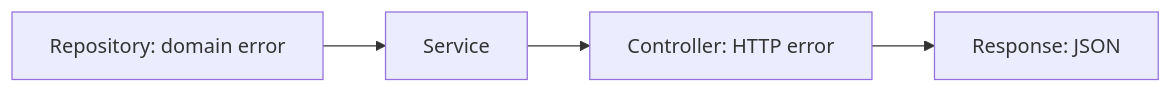
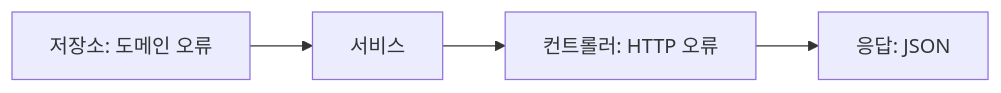
The diagram in docs/ko/learn/tutorial/7-error-handling.md (NARUBROWN/spine-site), drawn with Mermaid before and after one commit. The commit also changed other lines of this file and 158 other files, not shown here.

````diff
--- a/docs/ko/learn/tutorial/7-error-handling.md
+++ b/docs/ko/learn/tutorial/7-error-handling.md
@@ -108,6 +114,6 @@
 ```mermaid
 flowchart LR
-    Repository["Repository: domain error"] --> Service["Service"]
-    Service --> Controller["Controller: HTTP error"]
-    Controller --> Response["Response: JSON"]
+    Repository["저장소: 도메인 오류"] --> Service["서비스"]
+    Service --> Controller["컨트롤러: HTTP 오류"]
+    Controller --> Response["응답: JSON"]
 ```
````
